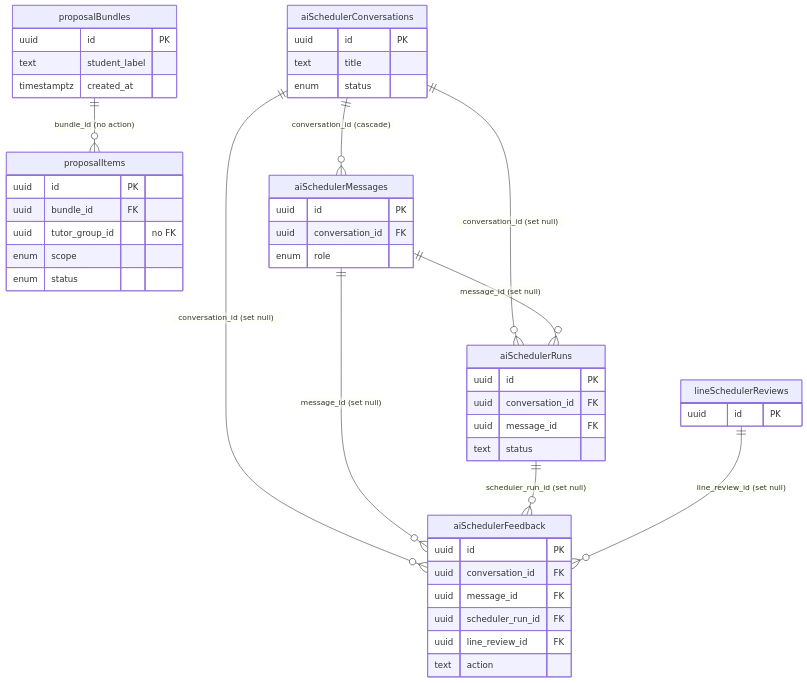
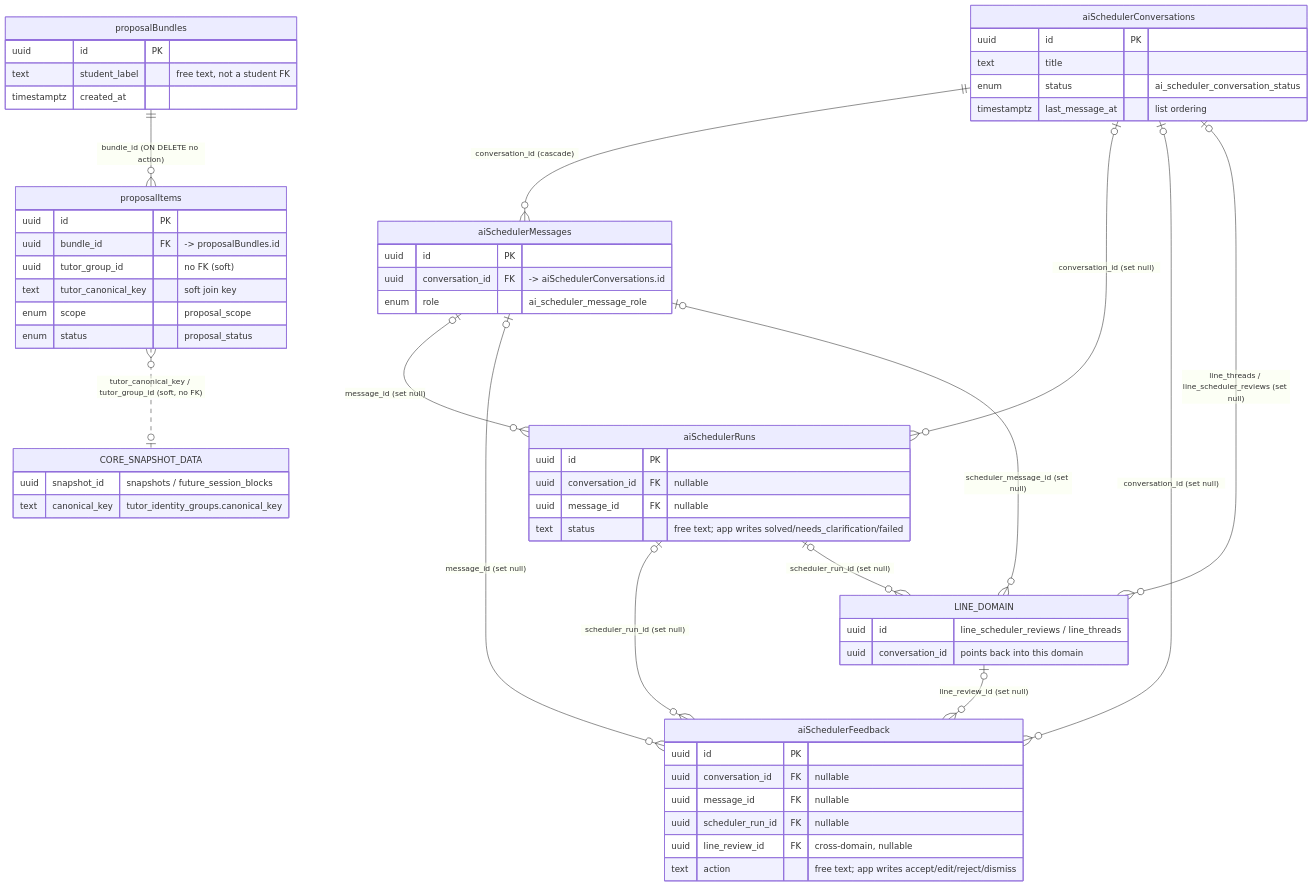
One commit to kasheesh711/bgscheduler changed the diagram in docs/reference/database/erd-ai-and-proposals.md. Above: the diagram before and after it, drawn with Mermaid. The commit also changed other lines of this file and 71 other files, not shown here.

````diff
--- a/docs/reference/database/erd-ai-and-proposals.md
+++ b/docs/reference/database/erd-ai-and-proposals.md
@@ -13,53 +24,71 @@
 ```mermaid
 erDiagram
     proposalBundles {
         uuid id PK
-        text student_label
+        text student_label "free text, not a student FK"
         timestamptz created_at
     }
+
     proposalItems {
         uuid id PK
-        uuid bundle_id FK
-        uuid tutor_group_id "no FK"
-        enum scope
-        enum status
+        uuid bundle_id FK "-> proposalBundles.id"
+        uuid tutor_group_id "no FK (soft)"
+        text tutor_canonical_key "soft join key"
+        enum scope "proposal_scope"
+        enum status "proposal_status"
     }
+
     aiSchedulerConversations {
         uuid id PK
         text title
-        enum status
+        enum status "ai_scheduler_conversation_status"
+        timestamptz last_message_at "list ordering"
     }
+
     aiSchedulerMessages {
         uuid id PK
-        uuid conversation_id FK
-        enum role
+        uuid conversation_id FK "-> aiSchedulerConversations.id"
+        enum role "ai_scheduler_message_role"
     }
+
     aiSchedulerRuns {
         uuid id PK
-        uuid conversation_id FK
-        uuid message_id FK
-        text status
+        uuid conversation_id FK "nullable"
+        uuid message_id FK "nullable"
+        text status "free text; app writes solved/needs_clarification/failed"
     }
+
     aiSchedulerFeedback {
         uuid id PK
-        uuid conversation_id FK
-        uuid message_id FK
-        uuid scheduler_run_id FK
-        uuid line_review_id FK
-        text action
+        uuid conversation_id FK "nullable"
+        uuid message_id FK "nullable"
+        uuid scheduler_run_id FK "nullable"
+        uuid line_review_id FK "cross-domain, nullable"
+        text action "free text; app writes accept/edit/reject/dismiss"
     }
 
-    lineSchedulerReviews {
-        uuid id PK
+    LINE_DOMAIN {
+        uuid id "line_scheduler_reviews / line_threads"
+        uuid conversation_id "points back into this domain"
     }
 
-    proposalBundles ||--o{ proposalItems : "bundle_id (no action)"
+    CORE_SNAPSHOT_DATA {
+        uuid snapshot_id "snapshots / future_session_blocks"
+        text canonical_key "tutor_identity_groups.canonical_key"
+    }
+
+    proposalBundles ||--o{ proposalItems : "bundle_id (ON DELETE no action)"
+    proposalItems }o..o| CORE_SNAPSHOT_DATA : "tutor_canonical_key / tutor_group_id (soft, no FK)"
 
     aiSchedulerConversations ||--o{ aiSchedulerMessages : "conversation_id (cascade)"
-    aiSchedulerConversations ||--o{ aiSchedulerRuns : "conversation_id (set null)"
-    aiSchedulerMessages ||--o{ aiSchedulerRuns : "message_id (set null)"
-    aiSchedulerConversations ||--o{ aiSchedulerFeedback : "conversation_id (set null)"
-    aiSchedulerMessages ||--o{ aiSchedulerFeedback : "message_id (set null)"
-    aiSchedulerRuns ||--o{ aiSchedulerFeedback : "scheduler_run_id (set null)"
-    lineSchedulerReviews ||--o{ aiSchedulerFeedback : "line_review_id (set null)"
+    aiSchedulerConversations |o--o{ aiSchedulerRuns : "conversation_id (set null)"
+    aiSchedulerMessages |o--o{ aiSchedulerRuns : "message_id (set null)"
+    aiSchedulerConversations |o--o{ aiSchedulerFeedback : "conversation_id (set null)"
+    aiSchedulerMessages |o--o{ aiSchedulerFeedback : "message_id (set null)"
+    aiSchedulerRuns |o--o{ aiSchedulerFeedback : "scheduler_run_id (set null)"
+
+    LINE_DOMAIN |o--o{ aiSchedulerFeedback : "line_review_id (set null)"
+    aiSchedulerConversations |o--o{ LINE_DOMAIN : "line_threads / line_scheduler_reviews (set null)"
+    aiSchedulerMessages |o--o{ LINE_DOMAIN : "scheduler_message_id (set null)"
+    aiSchedulerRuns |o--o{ LINE_DOMAIN : "scheduler_run_id (set null)"
 ```
````
